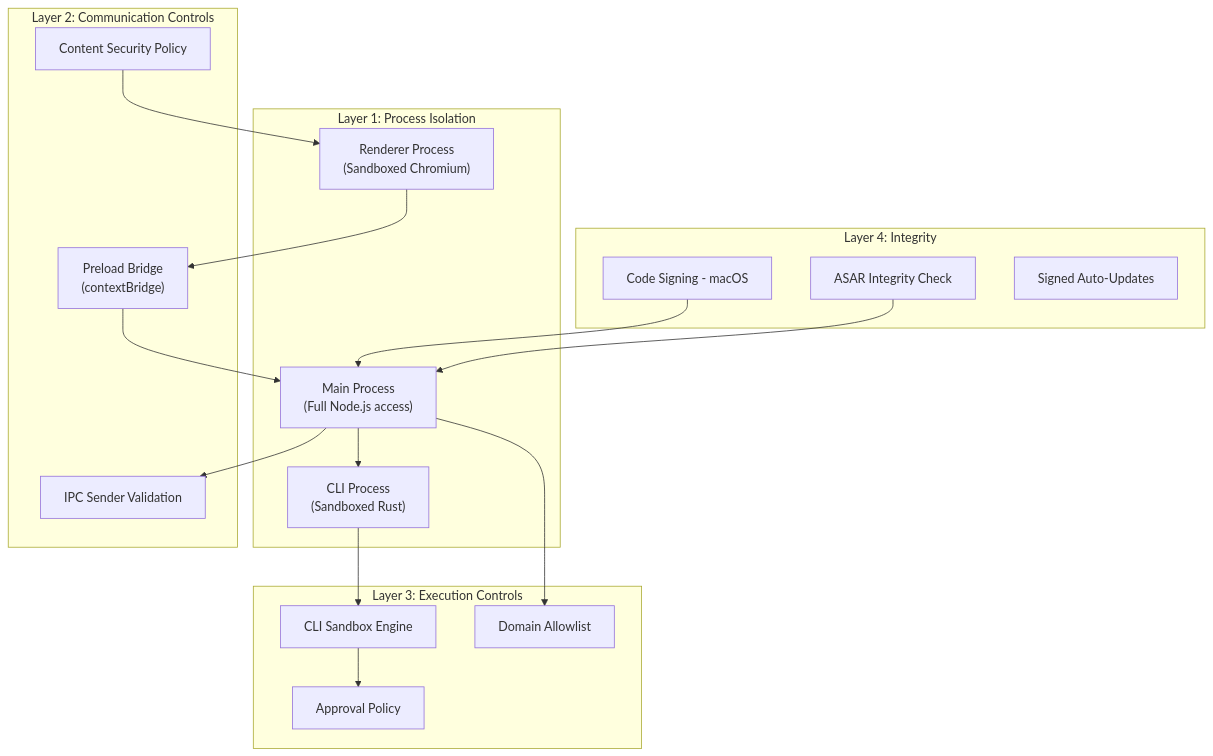
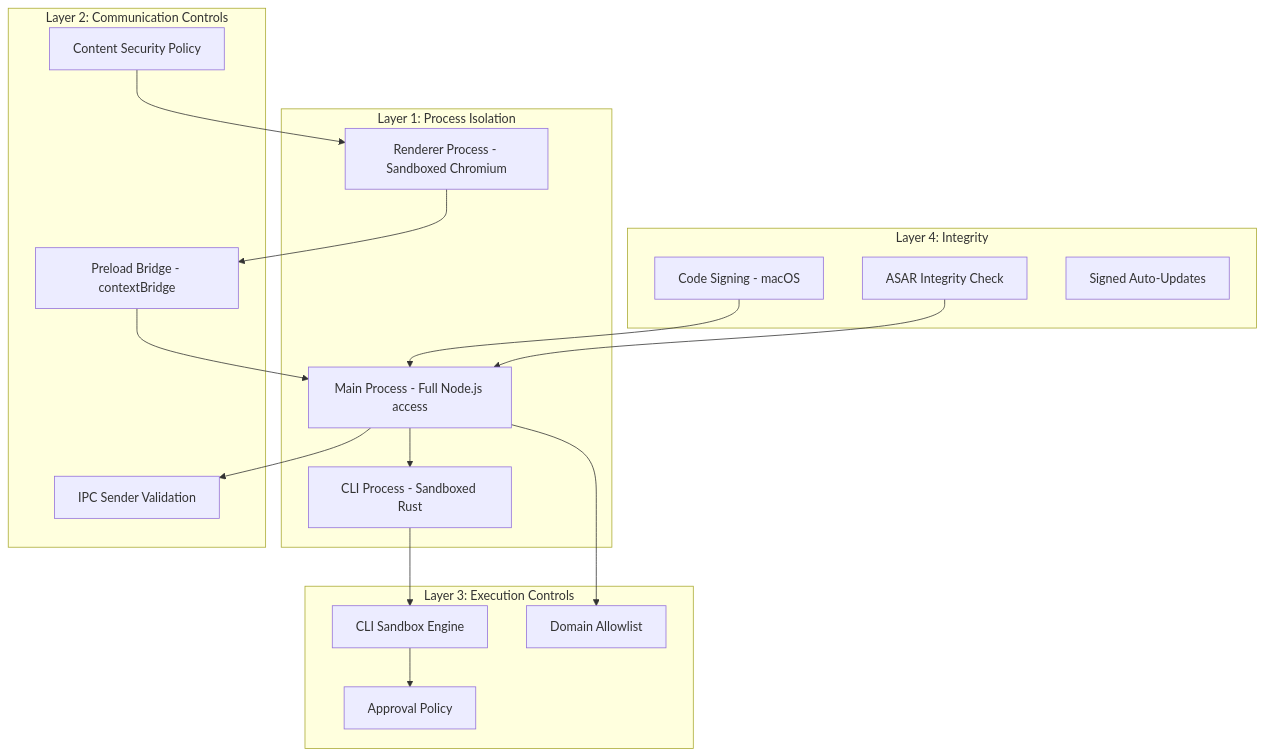
Before and after one commit to ChrisFeldmeier/codex-research: the first of 2 diagrams in 16-security-model.md, drawn with Mermaid. The commit also changed 10 other files, not shown here.

Commit message:
Refactor mermaid diagrams for improved clarity and consistency in label descriptions across various documentation files

````diff
--- a/16-security-model.md
+++ b/16-security-model.md
@@ -9,37 +9,37 @@
 ```mermaid
 flowchart TD
     subgraph "Layer 1: Process Isolation"
-        MAIN_P["Main Process<br/>(Full Node.js access)"]
-        RENDERER_P["Renderer Process<br/>(Sandboxed Chromium)"]
-        CLI_P["CLI Process<br/>(Sandboxed Rust)"]
+        MAIN_P["Main Process - Full Node.js access"]
+        RENDERER_P["Renderer Process - Sandboxed Chromium"]
+        CLI_P["CLI Process - Sandboxed Rust"]
     end
 
     subgraph "Layer 2: Communication Controls"
-        PRELOAD["Preload Bridge<br/>(contextBridge)"]
+        PRELOAD["Preload Bridge - contextBridge"]
         IPC_VAL["IPC Sender Validation"]
         CSP_L["Content Security Policy"]
     end
 
     subgraph "Layer 3: Execution Controls"
         SANDBOX["CLI Sandbox Engine"]
         APPROVAL["Approval Policy"]
         DOMAIN["Domain Allowlist"]
     end
 
     subgraph "Layer 4: Integrity"
         ASAR["ASAR Integrity Check"]
         SIGN["Code Signing - macOS"]
         UPDATE["Signed Auto-Updates"]
     end
 
     RENDERER_P --> PRELOAD
     PRELOAD --> MAIN_P
     MAIN_P --> IPC_VAL
     CSP_L --> RENDERER_P
     MAIN_P --> CLI_P
     CLI_P --> SANDBOX
     SANDBOX --> APPROVAL
     MAIN_P --> DOMAIN
     ASAR --> MAIN_P
     SIGN --> MAIN_P
 ```
````
